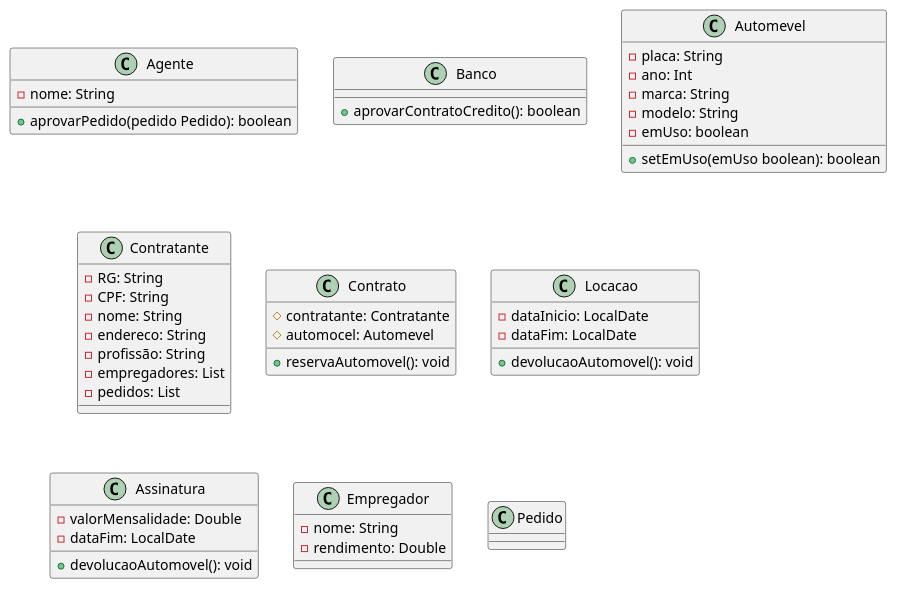
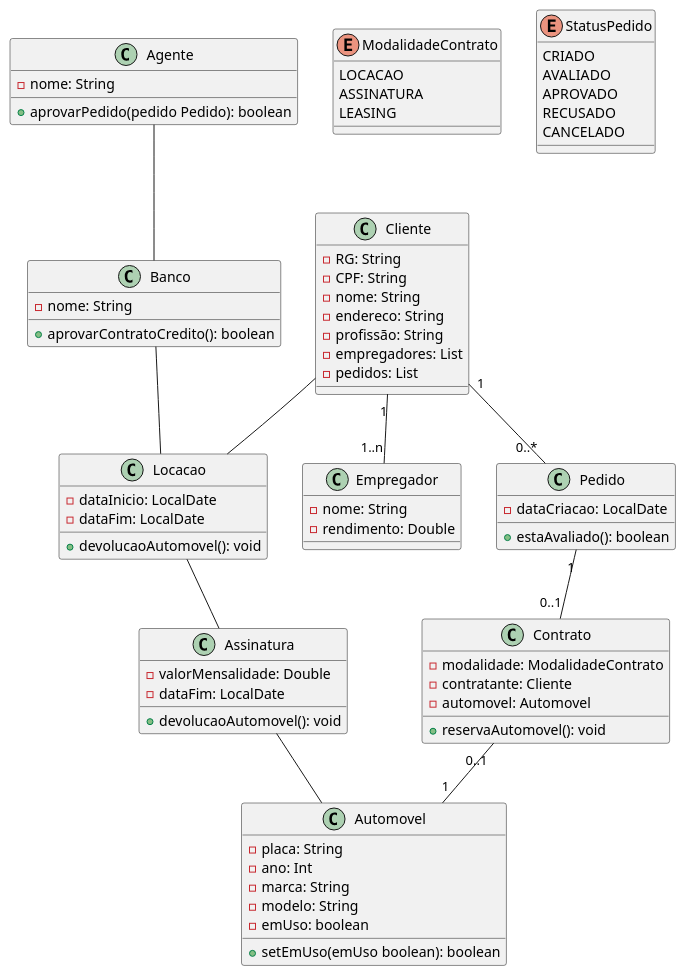
One commit to brunokilo/lab02-aluguel-carros changed the diagram in docs/diagramas/classes.puml. Above: the diagram before and after it, drawn with PlantUML. The commit also changed 1 other file, not shown here.

Commit message:
docs: atualizacao diagrama de classe

```diff
--- a/docs/diagramas/classes.puml
+++ b/docs/diagramas/classes.puml
@@ -1,56 +1,85 @@
 @startuml
 class Agente{
   -nome: String
   +aprovarPedido(pedido Pedido): boolean
 }
 
-class Banco{
-  +aprovarContratoCredito(): boolean
-}
-
-class Automevel{
-  -placa: String
-  -ano: Int
-  -marca: String
-  -modelo: String
-  -emUso: boolean
-  +setEmUso(emUso boolean): boolean
-}
-
-class Contratante {
+class Cliente{
   -RG: String
   -CPF: String
   -nome: String
   -endereco: String
   -profissão: String
   -empregadores: List
   -pedidos: List
 }
 
+class Banco{
+  -nome: String
+  +aprovarContratoCredito(): boolean
+}
+
+class Automovel{
+  -placa: String
+  -ano: Int
+  -marca: String
+  -modelo: String
+  -emUso: boolean
+  +setEmUso(emUso boolean): boolean
+}
+
+
 class Contrato{
-  #contratante: Contratante
-  #automocel: Automevel
+  -modalidade: ModalidadeContrato
+  -contratante: Cliente
+  -automovel: Automovel
   +reservaAutomovel(): void
+}
+
+enum ModalidadeContrato {
+  LOCACAO
+  ASSINATURA
+  LEASING
 }
 
 class Locacao{
   -dataInicio: LocalDate 
   -dataFim: LocalDate 
   +devolucaoAutomovel(): void
 }
 
 class Assinatura{
   -valorMensalidade: Double 
   -dataFim: LocalDate 
   +devolucaoAutomovel(): void
 }
 
 class Empregador{
   -nome: String
   -rendimento: Double
 }
 
 class Pedido{
+  -dataCriacao: LocalDate
+  +estaAvaliado(): boolean
+}
 
+enum StatusPedido {
+  CRIADO
+  AVALIADO
+  APROVADO
+  RECUSADO
+  CANCELADO
 }
+
+Pedido   "1"    -- "0..1" Contrato  
+Cliente  "1"    -- "1..n" Empregador
+Cliente  "1"    -- "0..*" Pedido
+Cliente -- Locacao
+Banco -- Locacao
+Locacao -- Assinatura
+Assinatura -- Automovel
+Agente  -- Banco
+Contrato "0..1" -- "1" Automovel
+
 @enduml
```
